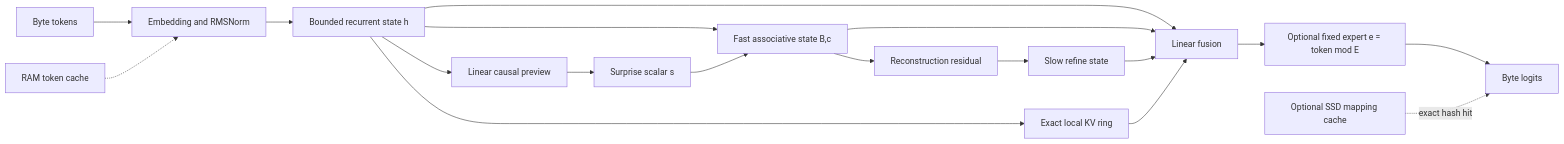
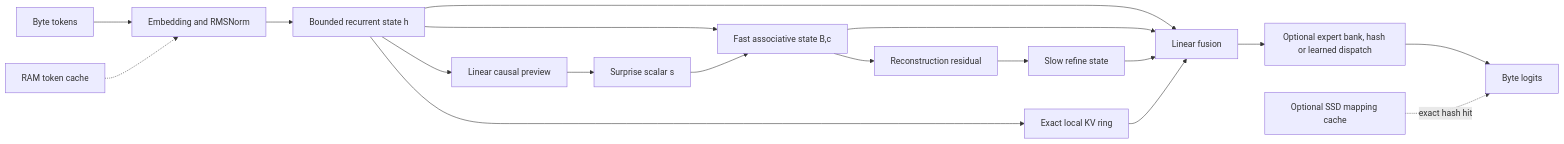
The diagram in docs/KOEMI_ARCHITECTURE.md (Koemi-AI/Koemi-1FPA), drawn with Mermaid before and after one commit. The commit also changed other lines of this file and 9 other files, not shown here.

````diff
--- a/docs/KOEMI_ARCHITECTURE.md
+++ b/docs/KOEMI_ARCHITECTURE.md
@@ -31,20 +31,20 @@
 ```mermaid
 flowchart LR
     Input[Byte tokens] --> Embed[Embedding and RMSNorm]
     Warm[RAM token cache] -.-> Embed
     Embed --> H[Bounded recurrent state h]
     H --> Preview[Linear causal preview]
     Preview --> S[Surprise scalar s]
     H --> M[Fast associative state B,c]
     M --> R[Reconstruction residual]
     R --> SLOW[Slow refine state]
     S --> M
     H --> L[Exact local KV ring]
     H --> Fuse[Linear fusion]
     M --> Fuse
     SLOW --> Fuse
     L --> Fuse
-    Fuse --> E[Optional fixed expert e = token mod E]
+    Fuse --> E[Optional expert bank, hash or learned dispatch]
     E --> Head[Byte logits]
     Disk[Optional SSD mapping cache] -. exact hash hit .-> Head
 ```
````
